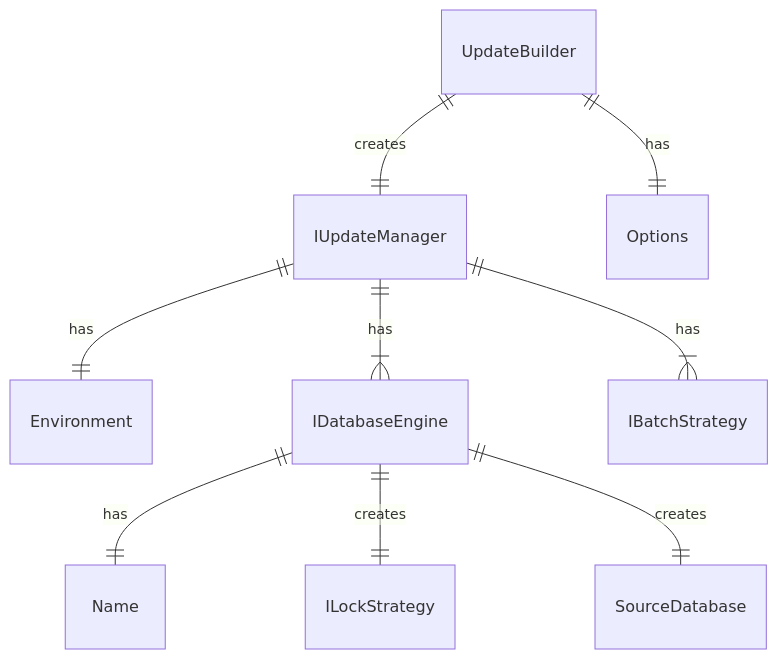
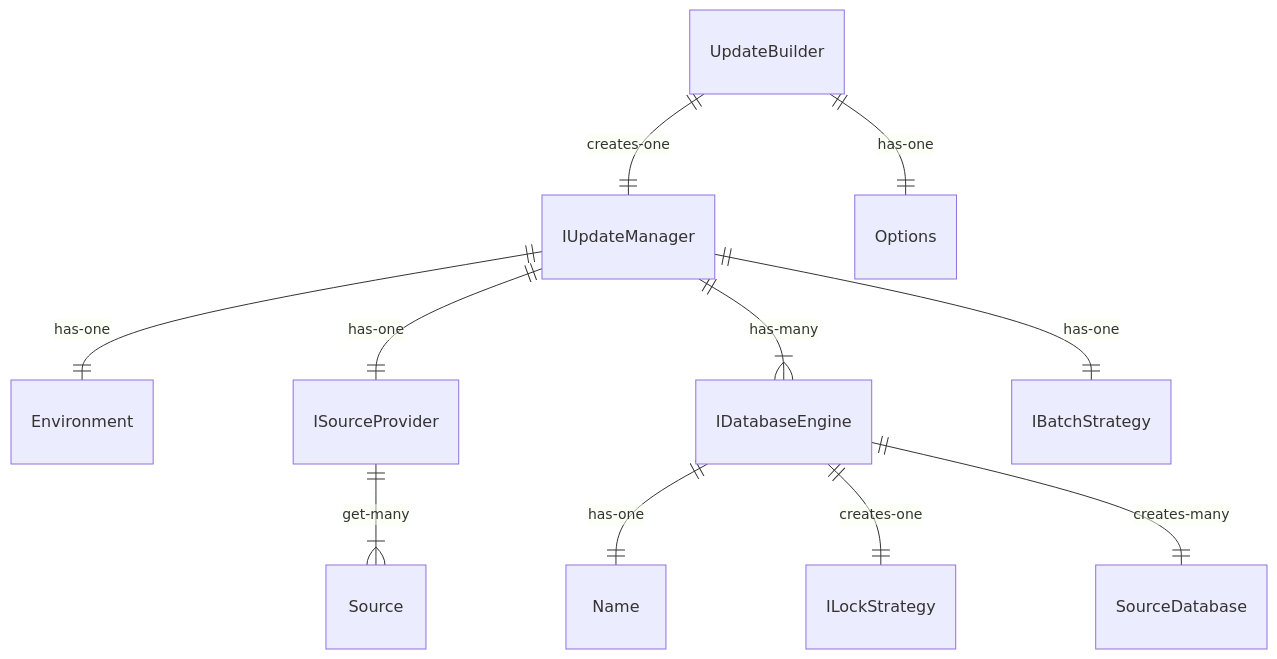
The diagram in README.md (NetDefender/Upgradier), drawn with Mermaid before and after one commit. The commit also changed other lines of this file and 14 other files, not shown here.

````diff
--- a/README.md
+++ b/README.md
@@ -27,11 +26,13 @@
 ```mermaid
 erDiagram
-    UpdateBuilder||--|| IUpdateManager: creates
-    UpdateBuilder||--|| Options: has
-    IUpdateManager ||--|| Environment:has
-    IUpdateManager ||--|{ IDatabaseEngine :has
-    IUpdateManager ||--|{ IBatchStrategy :has
-    IDatabaseEngine ||--|| Name :has
-    IDatabaseEngine ||--|| ILockStrategy :creates
-    IDatabaseEngine ||--|| SourceDatabase :creates
+    UpdateBuilder||--|| IUpdateManager: creates-one
+    UpdateBuilder||--|| Options: has-one
+    IUpdateManager ||--|| Environment:has-one
+    IUpdateManager ||--|| ISourceProvider:has-one
+    ISourceProvider ||--|{ Source :get-many
+    IUpdateManager ||--|{ IDatabaseEngine :has-many
+    IUpdateManager ||--|| IBatchStrategy :has-one
+    IDatabaseEngine ||--|| Name :has-one
+    IDatabaseEngine ||--|| ILockStrategy :creates-one
+    IDatabaseEngine ||--|| SourceDatabase :creates-many
 ```
````
